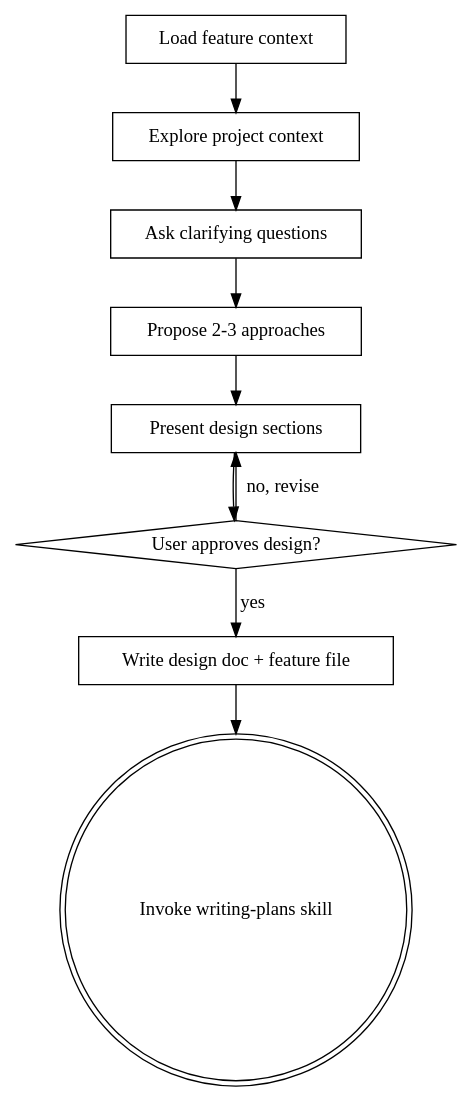
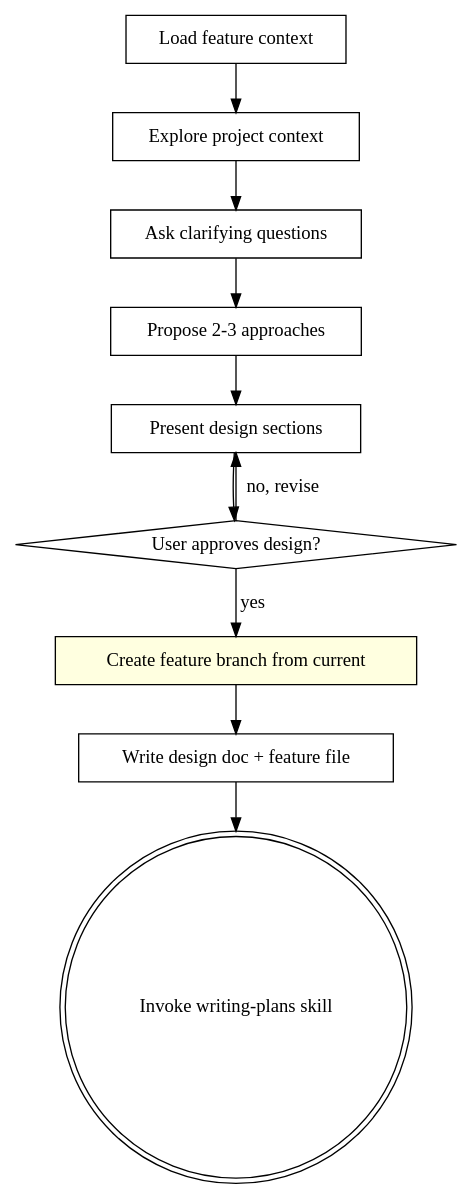
One commit to kulfix/rezavo-plugins changed the diagram in plugins/rr/skills/brainstorming/SKILL.md. Above: the diagram before and after it, drawn with Graphviz. The commit also changed other lines of this file and 3 other files, not shown here.

First line of the commit message:
feat(rr): v1.1.0 — branch-per-feature workflow

````diff
--- a/plugins/rr/skills/brainstorming/SKILL.md
+++ b/plugins/rr/skills/brainstorming/SKILL.md
@@ -36,21 +36,23 @@
 ```dot
 digraph brainstorming {
     "Load feature context" [shape=box];
     "Explore project context" [shape=box];
     "Ask clarifying questions" [shape=box];
     "Propose 2-3 approaches" [shape=box];
     "Present design sections" [shape=box];
     "User approves design?" [shape=diamond];
+    "Create feature branch from current" [shape=box style=filled fillcolor=lightyellow];
     "Write design doc + feature file" [shape=box];
     "Invoke writing-plans skill" [shape=doublecircle];
 
     "Load feature context" -> "Explore project context";
     "Explore project context" -> "Ask clarifying questions";
     "Ask clarifying questions" -> "Propose 2-3 approaches";
     "Propose 2-3 approaches" -> "Present design sections";
     "Present design sections" -> "User approves design?";
     "User approves design?" -> "Present design sections" [label="no, revise"];
-    "User approves design?" -> "Write design doc + feature file" [label="yes"];
+    "User approves design?" -> "Create feature branch from current" [label="yes"];
+    "Create feature branch from current" -> "Write design doc + feature file";
     "Write design doc + feature file" -> "Invoke writing-plans skill";
 }
 ```
````
